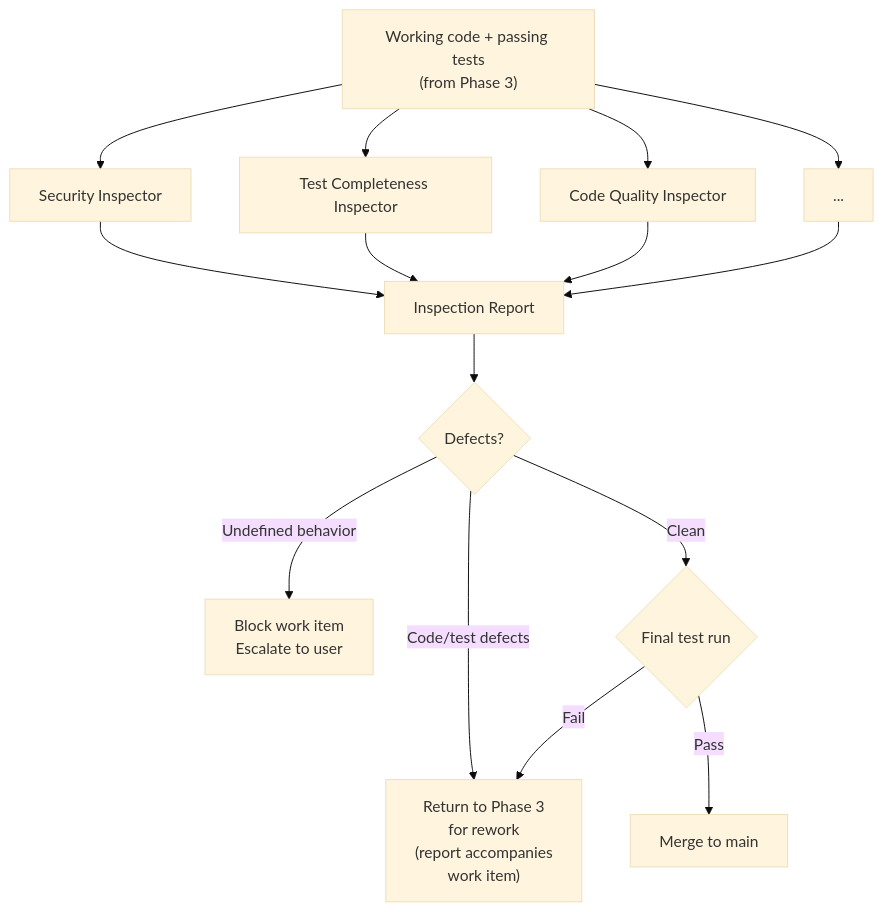
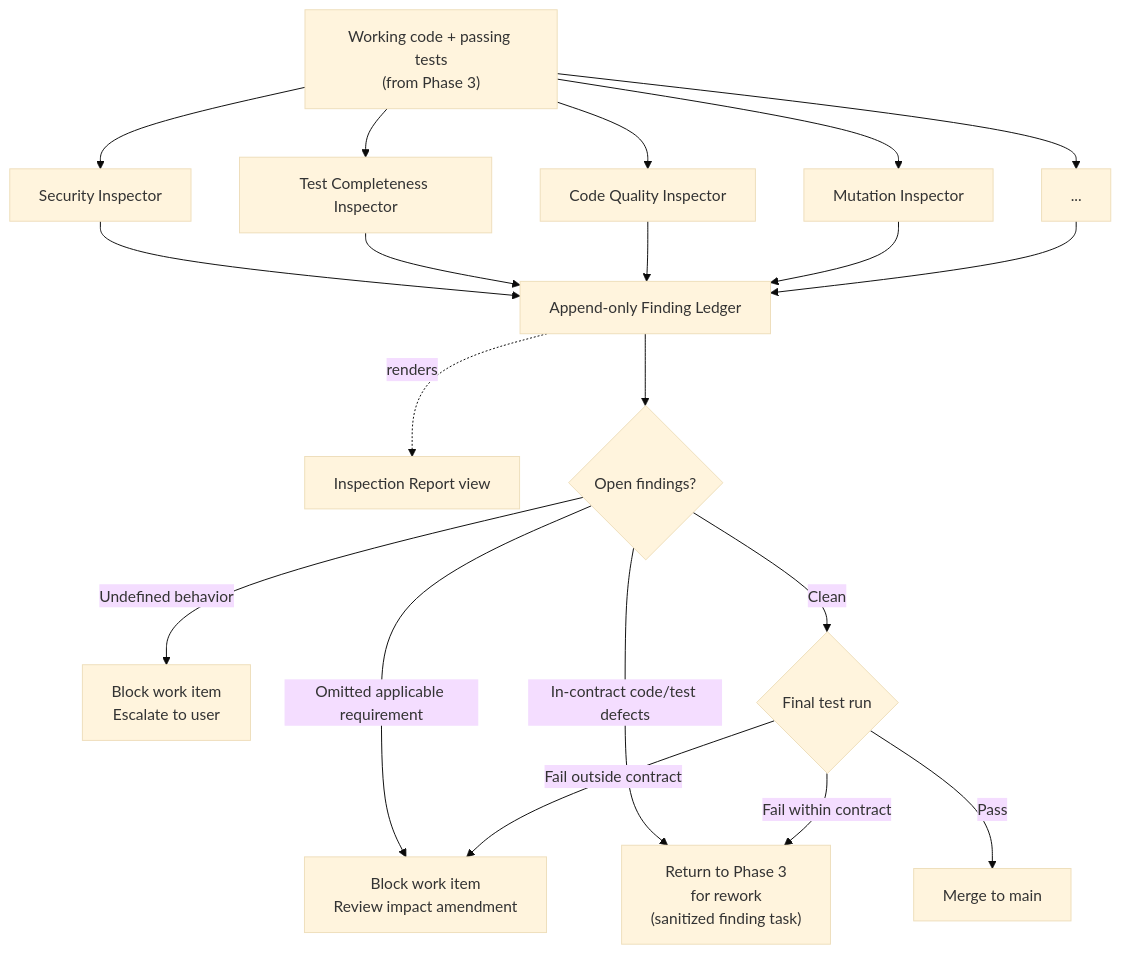
Before and after one commit to JohnStrunk/ProtoBot: the sixth of 10 diagrams in docs/architecture/user-interaction-flow.md, drawn with Mermaid (base theme). The commit also changed other lines of this file and 4 other files, not shown here.

Commit message:
Revise architecture from PR feedback

````diff
--- a/docs/architecture/user-interaction-flow.md
+++ b/docs/architecture/user-interaction-flow.md
@@ -501,23 +648,28 @@
 ```mermaid
 flowchart TD
     P3["Working code + passing tests<br/>(from Phase 3)"]
 
     P3 --> SEC["Security Inspector"]
     P3 --> TSC["Test Completeness Inspector"]
     P3 --> CQ["Code Quality Inspector"]
+    P3 --> MUT["Mutation Inspector"]
     P3 --> More["..."]
 
-    SEC --> IR["Inspection Report"]
-    TSC --> IR
-    CQ --> IR
-    More --> IR
+    SEC --> FL["Append-only Finding Ledger"]
+    TSC --> FL
+    CQ --> FL
+    MUT --> FL
+    More --> FL
 
-    IR --> D{"Defects?"}
+    FL -. "renders" .-> IR["Inspection Report view"]
+    FL --> D{"Open findings?"}
 
     D -- "Undefined behavior" --> UB["Block work item<br/>Escalate to user"]
-    D -- "Code/test defects" --> P3RW["Return to Phase 3<br/>for rework<br/>(report accompanies<br/>work item)"]
+    D -- "Omitted applicable requirement" --> IA["Block work item<br/>Review impact amendment"]
+    D -- "In-contract code/test defects" --> P3RW["Return to Phase 3<br/>for rework<br/>(sanitized finding task)"]
     D -- "Clean" --> FT{"Final test run"}
 
     FT -- Pass --> Done["Merge to main"]
-    FT -- Fail --> P3RW
+    FT -- "Fail within contract" --> P3RW
+    FT -- "Fail outside contract" --> IA
 ```
````
